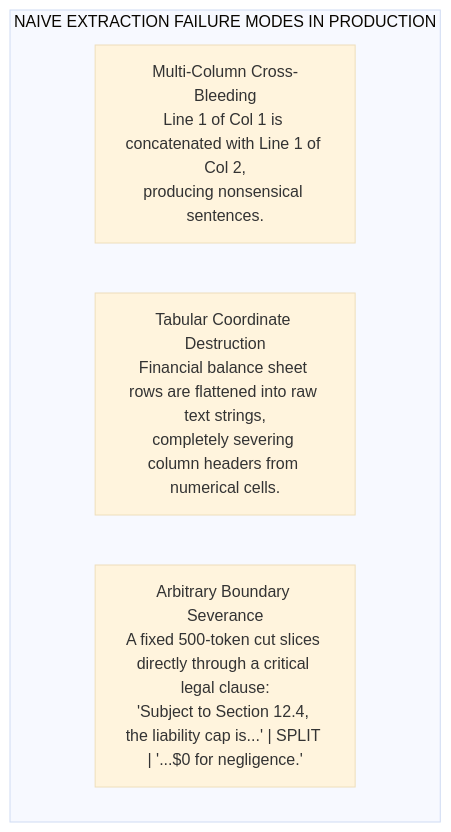
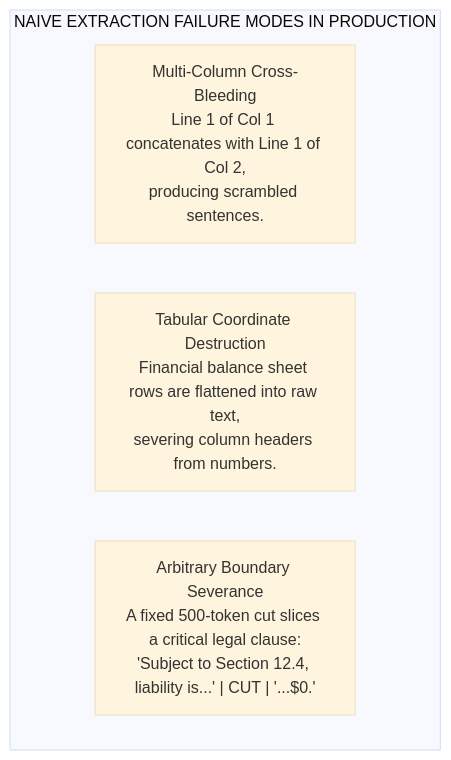
Before and after one commit to dip4k/senior-engineer-to-ai-engineer-roadmap: the first of 2 diagrams in 02-rag-and-knowledge-systems/01-document-parsing-and-chunking.md, drawn with Mermaid (base theme). The commit also changed other lines of this file and 10 other files, not shown here.

````diff
--- a/02-rag-and-knowledge-systems/01-document-parsing-and-chunking.md
+++ b/02-rag-and-knowledge-systems/01-document-parsing-and-chunking.md
@@ -28,8 +31,8 @@
 ```mermaid
 flowchart TD
     subgraph Failures["NAIVE EXTRACTION FAILURE MODES IN PRODUCTION"]
-        F1["Multi-Column Cross-Bleeding<br>Line 1 of Col 1 is concatenated with Line 1 of Col 2,<br>producing nonsensical sentences."]
-        F2["Tabular Coordinate Destruction<br>Financial balance sheet rows are flattened into raw text strings,<br>completely severing column headers from numerical cells."]
-        F3["Arbitrary Boundary Severance<br>A fixed 500-token cut slices directly through a critical legal clause:<br>'Subject to Section 12.4, the liability cap is...' | SPLIT | '...$0 for negligence.'"]
+        F1["Multi-Column Cross-Bleeding<br>Line 1 of Col 1 concatenates with Line 1 of Col 2,<br>producing scrambled sentences."]
+        F2["Tabular Coordinate Destruction<br>Financial balance sheet rows are flattened into raw text,<br>severing column headers from numbers."]
+        F3["Arbitrary Boundary Severance<br>A fixed 500-token cut slices a critical legal clause:<br>'Subject to Section 12.4, liability is...' | CUT | '...$0.'"]
     end
 ```
````
